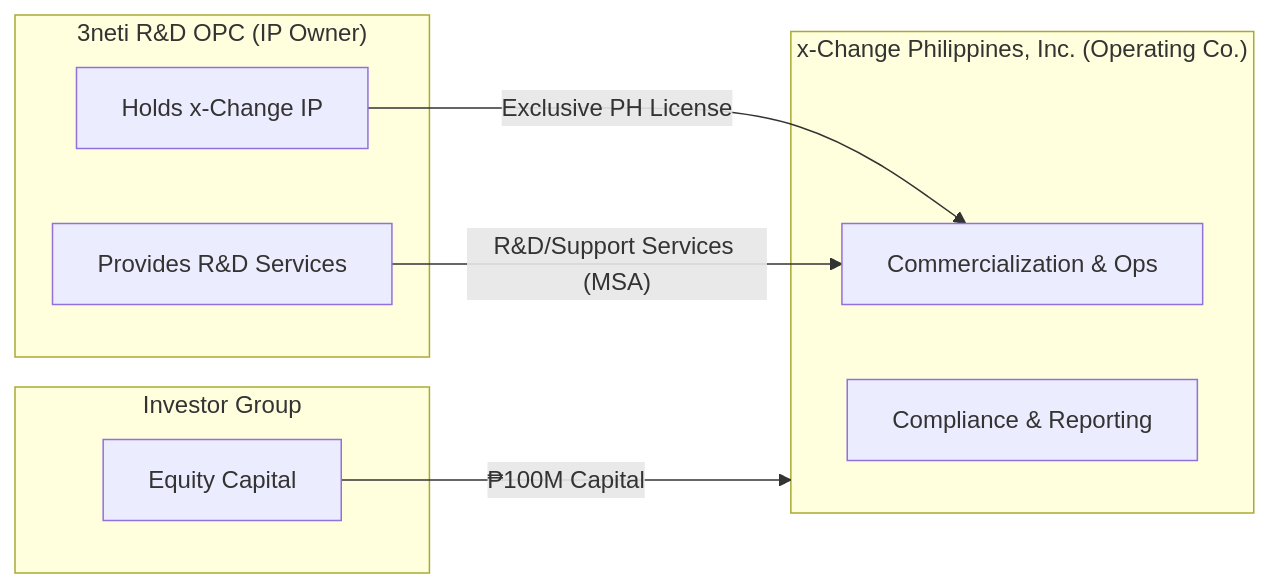
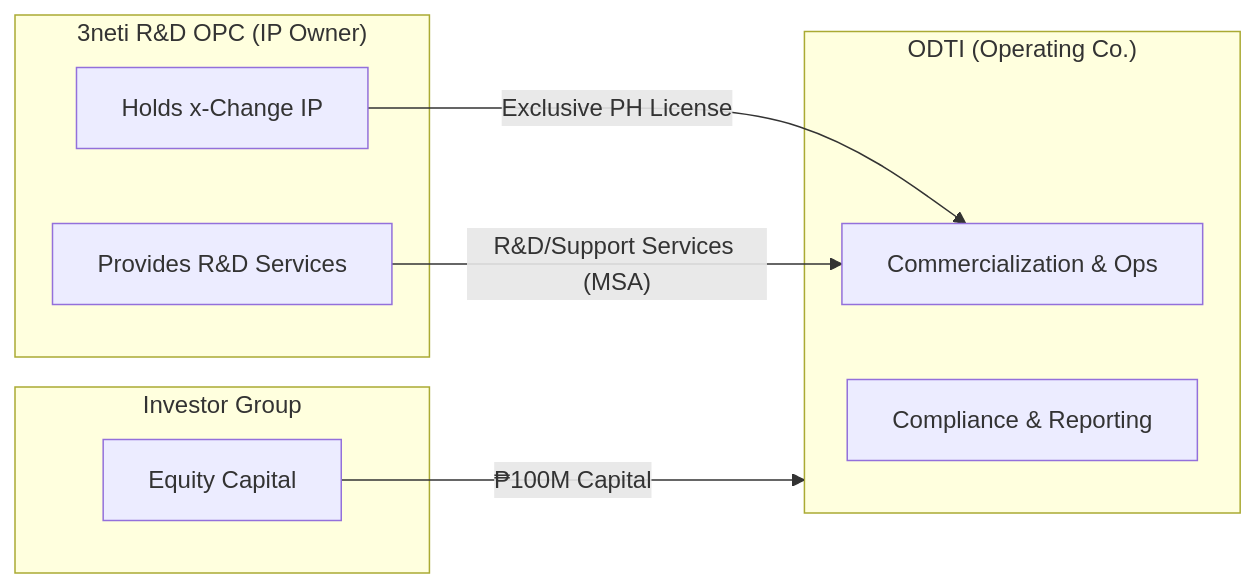
One commit to 3neti/x-change-docs changed the first of 2 diagrams in docs/X-CHANGE_INFO_MEMO_APPENDIX_G_CORPORATE_AND_LEGAL_STRUCTURE.md. Above: the diagram before and after it, drawn with Mermaid. The commit also changed other lines of this file and 13 other files, not shown here.

````diff
--- a/docs/X-CHANGE_INFO_MEMO_APPENDIX_G_CORPORATE_AND_LEGAL_STRUCTURE.md
+++ b/docs/X-CHANGE_INFO_MEMO_APPENDIX_G_CORPORATE_AND_LEGAL_STRUCTURE.md
@@ -41,20 +39,20 @@
 ```mermaid
 flowchart LR
   subgraph A["3neti R&amp;D OPC (IP Owner)"]
     A1["Holds x-Change IP"]
     A2["Provides R&amp;D Services"]
   end
 
-  subgraph B["x-Change Philippines, Inc. (Operating Co.)"]
+  subgraph B["ODTI (Operating Co.)"]
     B1["Commercialization &amp; Ops"]
     B2["Compliance &amp; Reporting"]
   end
 
   subgraph C["Investor Group"]
     C1["Equity Capital"]
   end
 
   C1 -->|"₱100M Capital"| B
   A1 -->|"Exclusive PH License"| B1
   A2 -->|"R&amp;D/Support Services (MSA)"| B1
 ```
````
